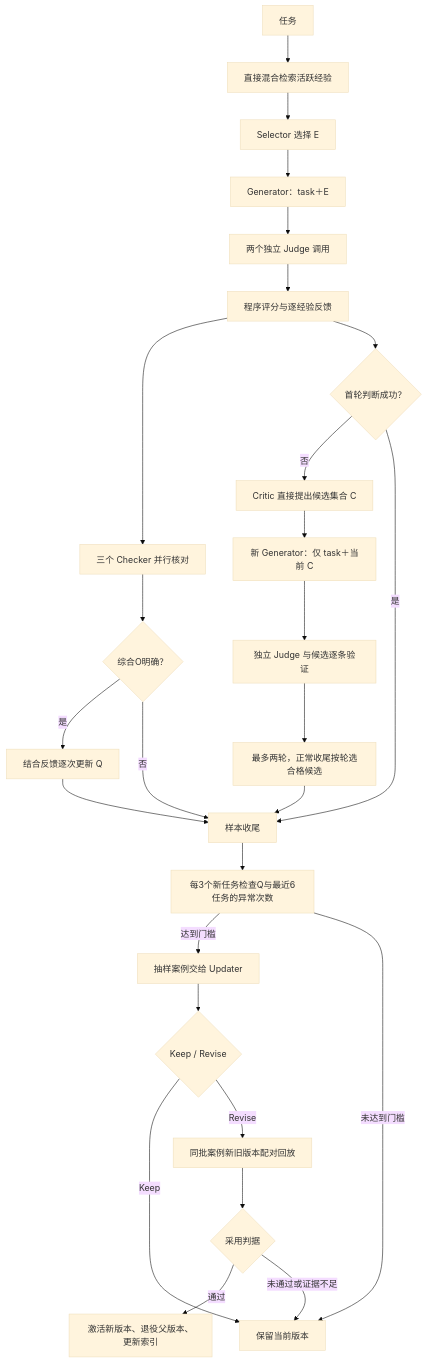
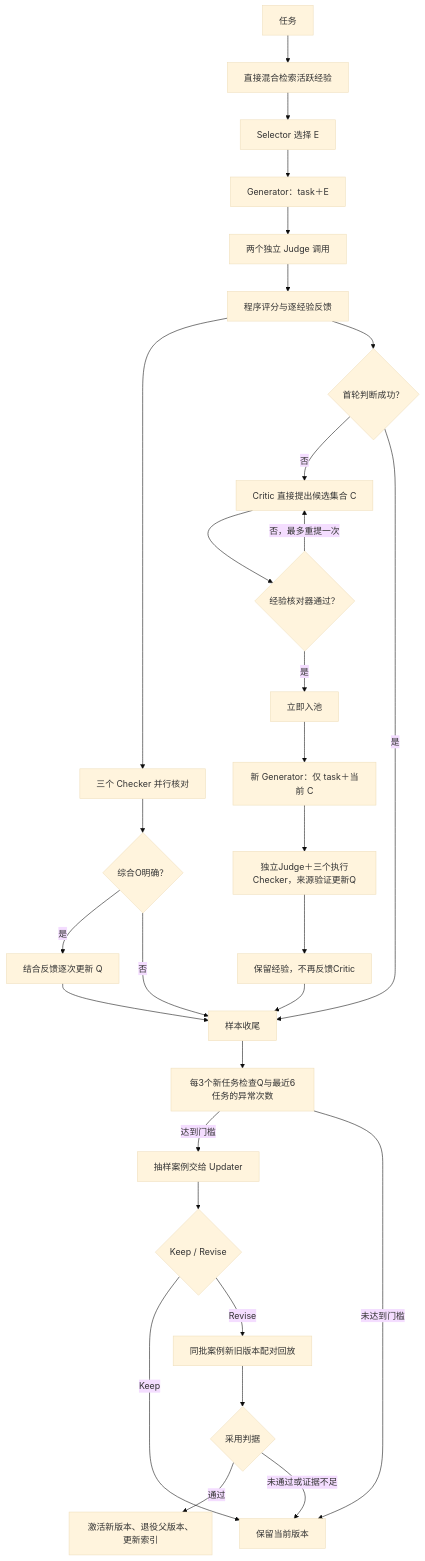
Before and after one commit to ykn0309/VERGE: the first of 2 diagrams in docs/设计方案.md, drawn with Mermaid (base theme). The commit also changed other lines of this file and 66 other files, not shown here.

````diff
--- a/docs/设计方案.md
+++ b/docs/设计方案.md
@@ -53,29 +53,32 @@
 ```mermaid
 flowchart TD
     T[任务] --> R[直接混合检索活跃经验]
     R --> S[Selector 选择 E]
     S --> G[Generator：task＋E]
     G --> J[两个独立 Judge 调用]
     J --> F[程序评分与逐经验反馈]
     F --> K[三个 Checker 并行核对]
     K --> O{综合O明确？}
     O -->|是| B[结合反馈逐次更新 Q]
     O -->|否| E
     F --> D{首轮判断成功？}
     D -->|否| C[Critic 直接提出候选集合 C]
-    C --> V[新 Generator：仅 task＋当前 C]
-    V --> W[独立 Judge 与候选逐条验证]
-    W --> X[最多两轮，正常收尾按轮选合格候选]
+    C --> EC{经验核对器通过？}
+    EC -->|否，最多重提一次| C
+    EC -->|是| IN[立即入池]
+    IN --> V[新 Generator：仅 task＋当前 C]
+    V --> W[独立Judge＋三个执行Checker，来源验证更新Q]
+    W --> X[保留经验，不再反馈Critic]
     D -->|是| E[样本收尾]
     X --> E
     B --> E
     E --> U[每3个新任务检查Q与最近6任务的异常次数]
     U -->|达到门槛| P[抽样案例交给 Updater]
     U -->|未达到门槛| H[保留当前版本]
     P --> A{Keep / Revise}
     A -->|Keep| H
     A -->|Revise| L[同批案例新旧版本配对回放]
     L --> Z{采用判据}
     Z -->|通过| N[激活新版本、退役父版本、更新索引]
     Z -->|未通过或证据不足| H
 ```
````
